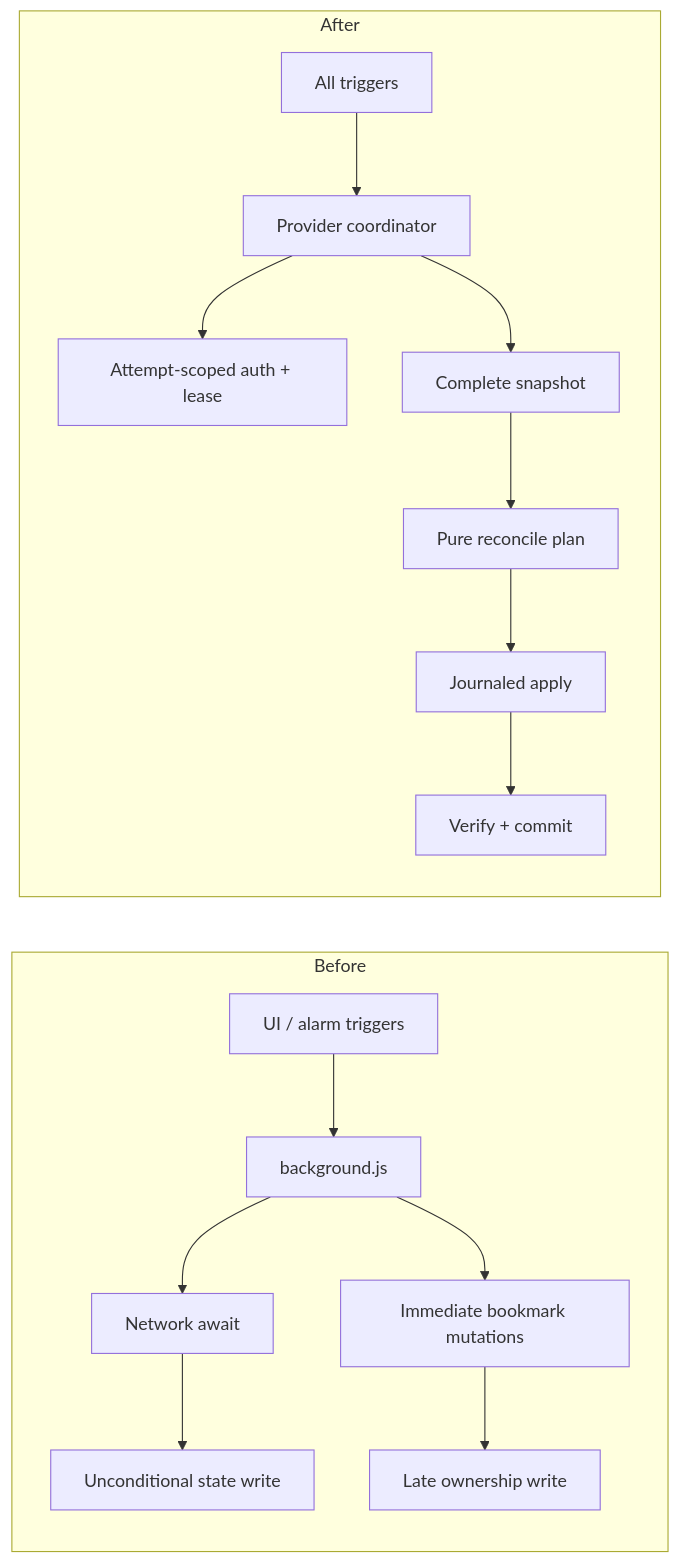
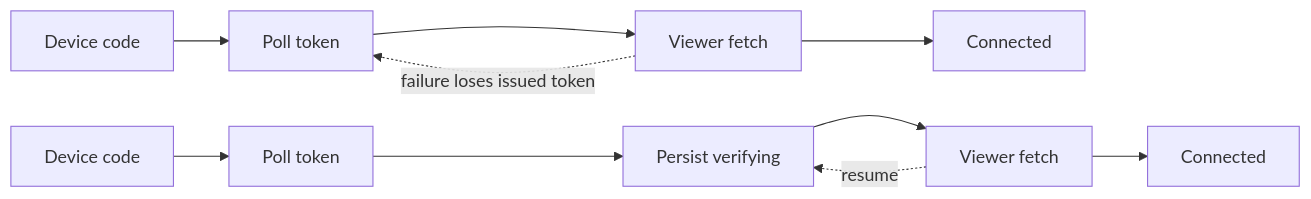
Before and after one commit to cadejay97-dotcom/youtube-playlist-bookmarks: the diagram in grill-report-2026-08-16.md, drawn with Mermaid. The commit also changed other lines of this file and 21 other files, not shown here.

````diff
--- a/grill-report-2026-08-16.md
+++ b/grill-report-2026-08-16.md
@@ -741,18 +306,7 @@
 ```mermaid
 flowchart LR
-  subgraph Before
-    T1["UI / alarm triggers"] --> B1["background.js"]
-    B1 --> N1["Network await"]
-    N1 --> W1["Unconditional state write"]
-    B1 --> M1["Immediate bookmark mutations"]
-    M1 --> S1["Late ownership write"]
-  end
-  subgraph After
-    T2["All triggers"] --> C2["Provider coordinator"]
-    C2 --> A2["Attempt-scoped auth + lease"]
-    C2 --> P2["Complete snapshot"]
-    P2 --> R2["Pure reconcile plan"]
-    R2 --> J2["Journaled apply"]
-    J2 --> V2["Verify + commit"]
-  end
+  A["Device code"] --> B["Poll token"] --> C["Viewer fetch"] --> D["Connected"]
+  C -. "failure loses issued token" .-> B
+  E["Device code"] --> F["Poll token"] --> G["Persist verifying"] --> H["Viewer fetch"] --> I["Connected"]
+  H -. "resume" .-> G
 ```
````
